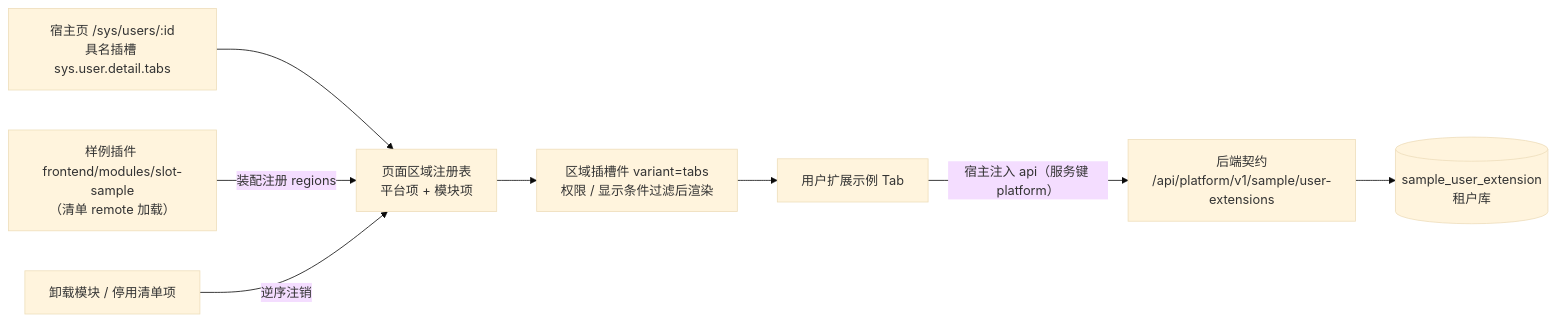
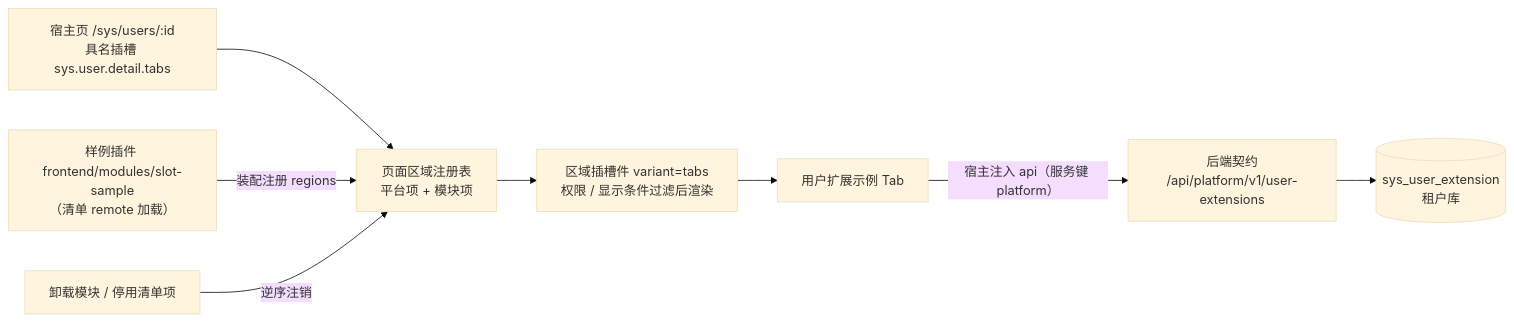
The diagram in bms文档/项目/05_前端插件化/任务/06_具名插槽与插件挂接/06_具名插槽与插件挂接_01_具名插槽基座功能与前后端配套插件/设计/01_详细设计_06_具名插槽与插件挂接_01_具名插槽基座功能与前后端配套插件.md (minjian123/basic-management-system), drawn with Mermaid (base theme) before and after one commit. The commit also changed other lines of this file and 2 other files, not shown here.

Commit message:
docs(项目): 具名插槽后端契约标识符口径按表归属校验修订（归 sys 模块）

````diff
--- a/bms文档/项目/05_前端插件化/任务/06_具名插槽与插件挂接/06_具名插槽与插件挂接_01_具名插槽基座功能与前后端配套插件/设计/01_详细设计_06_具名插槽与插件挂接_01_具名插槽基座功能与前后端配套插件.md
+++ b/bms文档/项目/05_前端插件化/任务/06_具名插槽与插件挂接/06_具名插槽与插件挂接_01_具名插槽基座功能与前后端配套插件/设计/01_详细设计_06_具名插槽与插件挂接_01_具名插槽基座功能与前后端配套插件.md
@@ -213,10 +212,10 @@
 ```mermaid
 flowchart LR
     HOST["宿主页 /sys/users/:id<br/>具名插槽 sys.user.detail.tabs"] --> REG["页面区域注册表<br/>平台项 + 模块项"]
     PLG["样例插件 frontend/modules/slot-sample<br/>（清单 remote 加载）"] -->|"装配注册 regions"| REG
     REG --> OUT["区域插槽件 variant=tabs<br/>权限 / 显示条件过滤后渲染"]
     OUT --> TAB["用户扩展示例 Tab"]
-    TAB -->|"宿主注入 api（服务键 platform）"| API["后端契约<br/>/api/platform/v1/sample/user-extensions"]
-    API --> DB[("sample_user_extension<br/>租户库")]
+    TAB -->|"宿主注入 api（服务键 platform）"| API["后端契约<br/>/api/platform/v1/user-extensions"]
+    API --> DB[("sys_user_extension<br/>租户库")]
     UNMOUNT["卸载模块 / 停用清单项"] -->|"逆序注销"| REG
 ```
````
